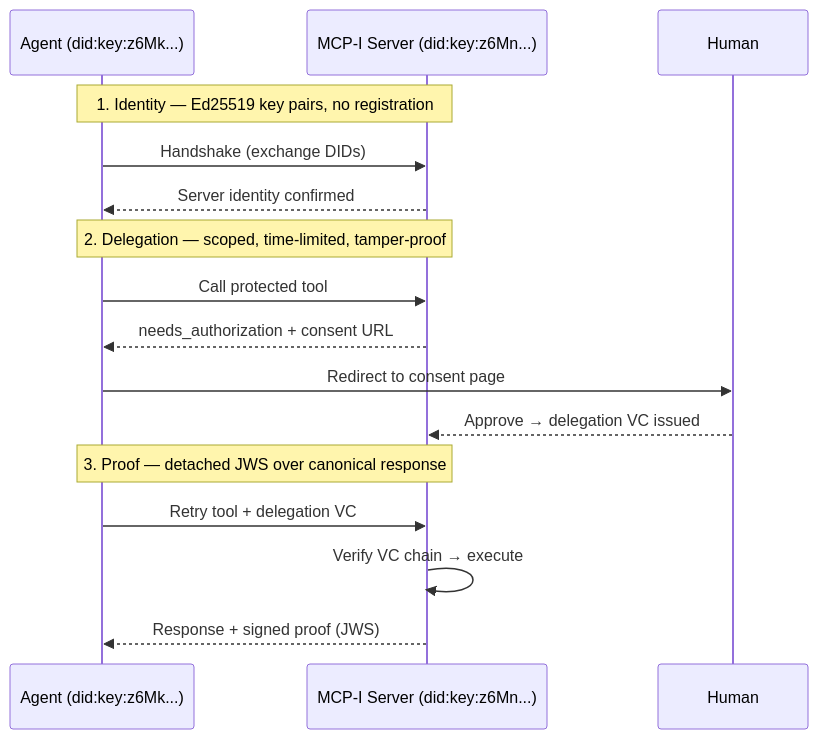
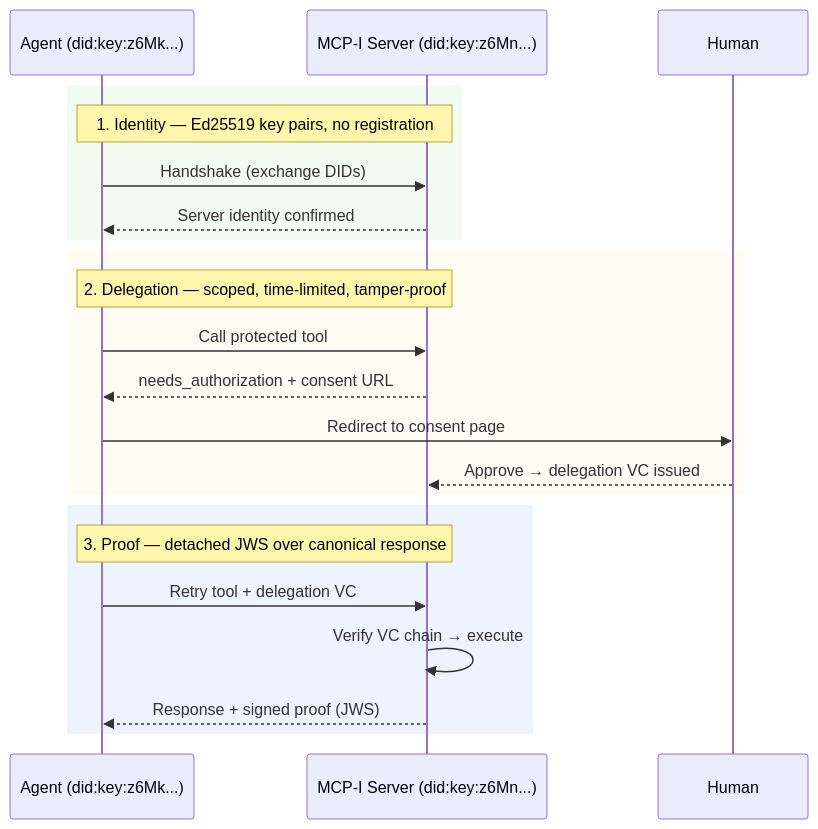
The second of 2 diagrams in README.md (modelcontextprotocol-identity/mcp-i-core), drawn with Mermaid before and after one commit. The commit also changed other lines of this file, not shown here.

````diff
--- a/README.md
+++ b/README.md
@@ -126,21 +133,27 @@
 ```mermaid
 sequenceDiagram
     participant Agent as Agent (did:key:z6Mk...)
     participant Server as MCP-I Server (did:key:z6Mn...)
     participant Human
 
+    rect rgba(166, 227, 161, 0.15)
     Note over Agent,Server: 1. Identity — Ed25519 key pairs, no registration
     Agent->>Server: Handshake (exchange DIDs)
     Server-->>Agent: Server identity confirmed
+    end
 
+    rect rgba(249, 226, 175, 0.15)
     Note over Agent,Server: 2. Delegation — scoped, time-limited, tamper-proof
     Agent->>Server: Call protected tool
     Server-->>Agent: needs_authorization + consent URL
     Agent->>Human: Redirect to consent page
     Human-->>Server: Approve → delegation VC issued
+    end
 
+    rect rgba(137, 180, 250, 0.15)
     Note over Agent,Server: 3. Proof — detached JWS over canonical response
     Agent->>Server: Retry tool + delegation VC
     Server->>Server: Verify VC chain → execute
     Server-->>Agent: Response + signed proof (JWS)
+    end
 ```
````
